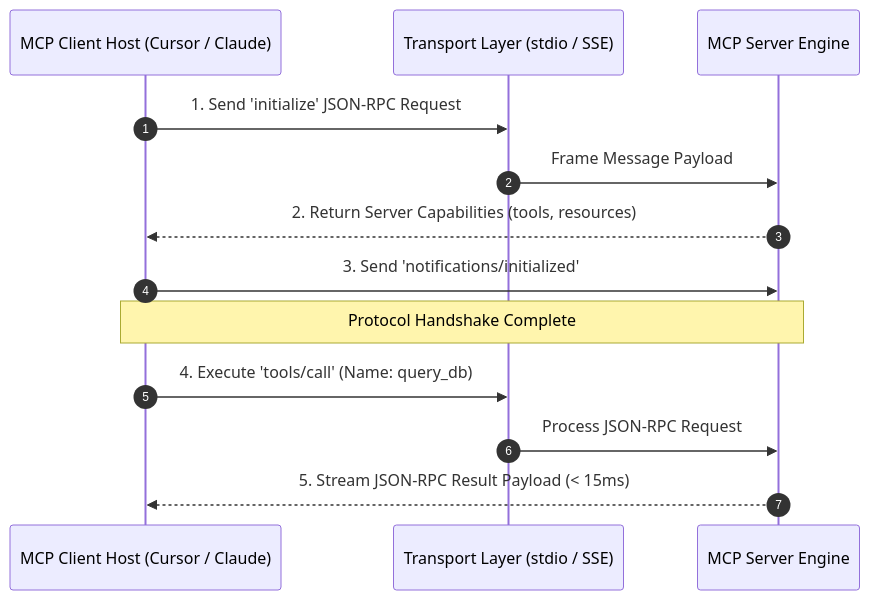
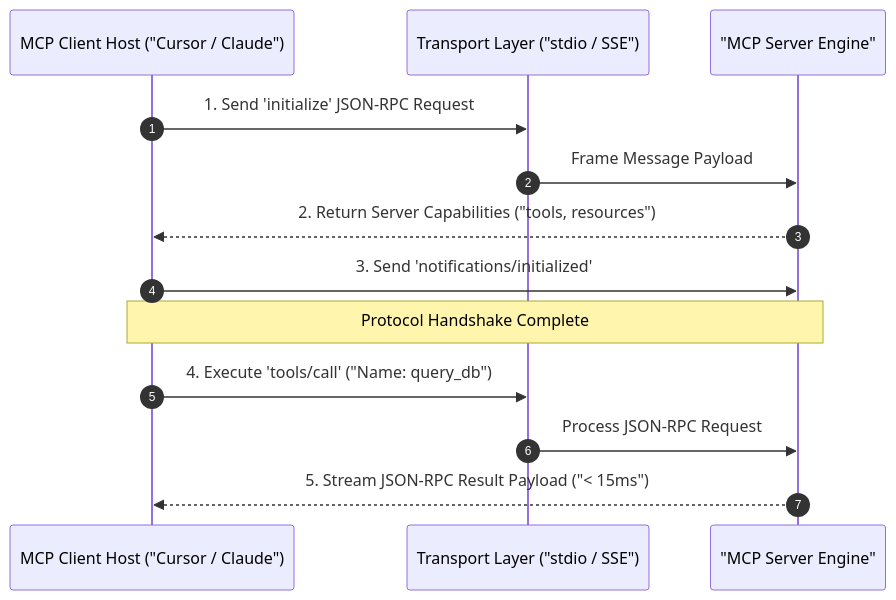
The diagram in content/series/mcp-engineering-in-production/part-1-protocol.md (vesviet/vesviet), drawn with Mermaid before and after one commit. The commit also changed other lines of this file and 331 other files, not shown here.

````diff
--- a/content/series/mcp-engineering-in-production/part-1-protocol.md
+++ b/content/series/mcp-engineering-in-production/part-1-protocol.md
@@ -43,18 +46,18 @@
 ```mermaid
 sequenceDiagram
     autonumber
-    participant Host as MCP Client Host (Cursor / Claude)
-    participant Transport as Transport Layer (stdio / SSE)
-    participant Server as MCP Server Engine
+    participant Host as MCP Client Host ("Cursor / Claude")
+    participant Transport as Transport Layer ("stdio / SSE")
+    participant Server as "MCP Server Engine"
 
     Host->>Transport: 1. Send 'initialize' JSON-RPC Request
     Transport->>Server: Frame Message Payload
-    Server-->>Host: 2. Return Server Capabilities (tools, resources)
+    Server-->>Host: 2. Return Server Capabilities ("tools, resources")
     Host->>Server: 3. Send 'notifications/initialized'
     
     note over Host,Server: Protocol Handshake Complete
 
-    Host->>Transport: 4. Execute 'tools/call' (Name: query_db)
+    Host->>Transport: 4. Execute 'tools/call' ("Name: query_db")
     Transport->>Server: Process JSON-RPC Request
-    Server-->>Host: 5. Stream JSON-RPC Result Payload (< 15ms)
+    Server-->>Host: 5. Stream JSON-RPC Result Payload ("< 15ms")
 ```
````
